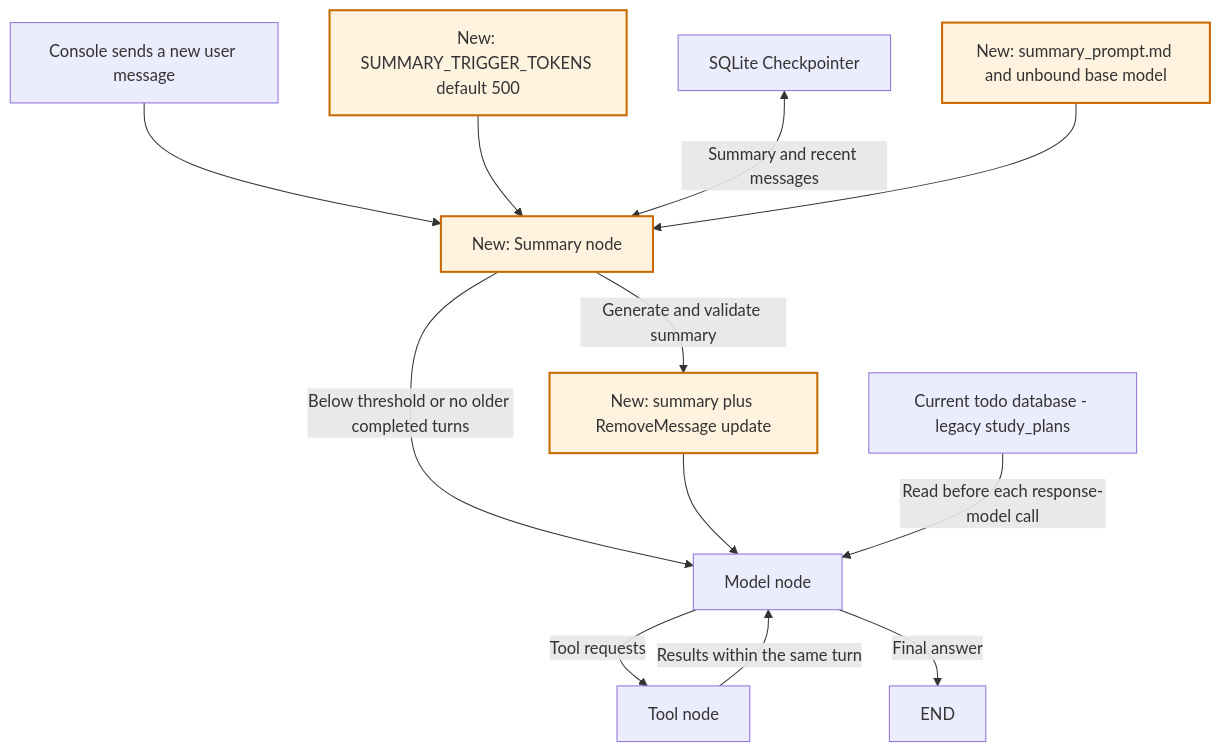
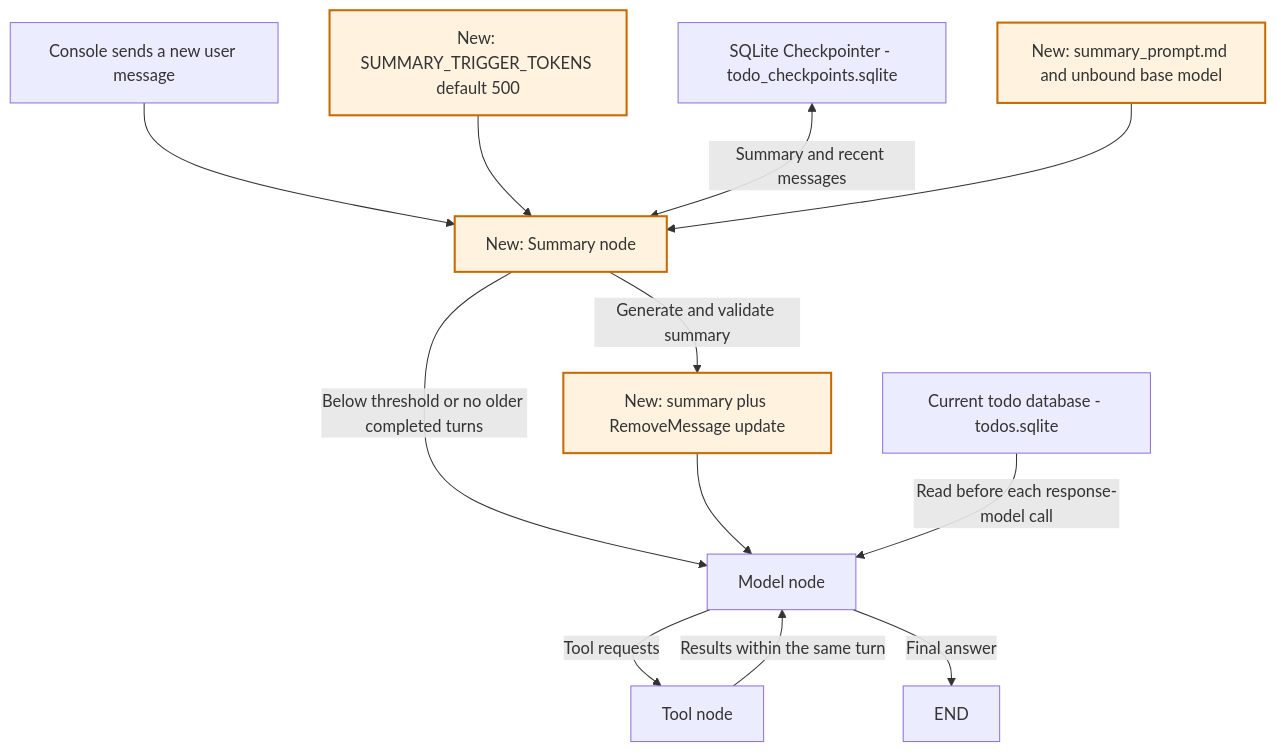
The fifth of 5 diagrams in src/agent_apps/simple_react_agent/docs/VERSIONS.md (HarryXiong24/agents), drawn with Mermaid before and after one commit. The commit also changed other lines of this file and 18 other files, not shown here.

````diff
--- a/src/agent_apps/simple_react_agent/docs/VERSIONS.md
+++ b/src/agent_apps/simple_react_agent/docs/VERSIONS.md
@@ -523,16 +534,16 @@
 ```mermaid
 flowchart TD
     C[Console sends a new user message] --> S[New: Summary node]
     CFG[New: SUMMARY_TRIGGER_TOKENS default 500] --> S
     S -->|Below threshold or no older completed turns| M[Model node]
     S -->|Generate and validate summary| U[New: summary plus RemoveMessage update]
     U --> M
     M -->|Tool requests| T[Tool node]
     T -->|Results within the same turn| M
     M -->|Final answer| E[END]
-    CP[SQLite Checkpointer] <-->|Summary and recent messages| S
-    P[Current todo database - legacy study_plans] -->|Read before each response-model call| M
+    CP[SQLite Checkpointer - todo_checkpoints.sqlite] <-->|Summary and recent messages| S
+    P[Current todo database - todos.sqlite] -->|Read before each response-model call| M
     SP[New: summary_prompt.md and unbound base model] --> S
     classDef changed fill:#fff3df,stroke:#c76a00,stroke-width:2px;
     class S,CFG,U,SP changed;
 ```
````
